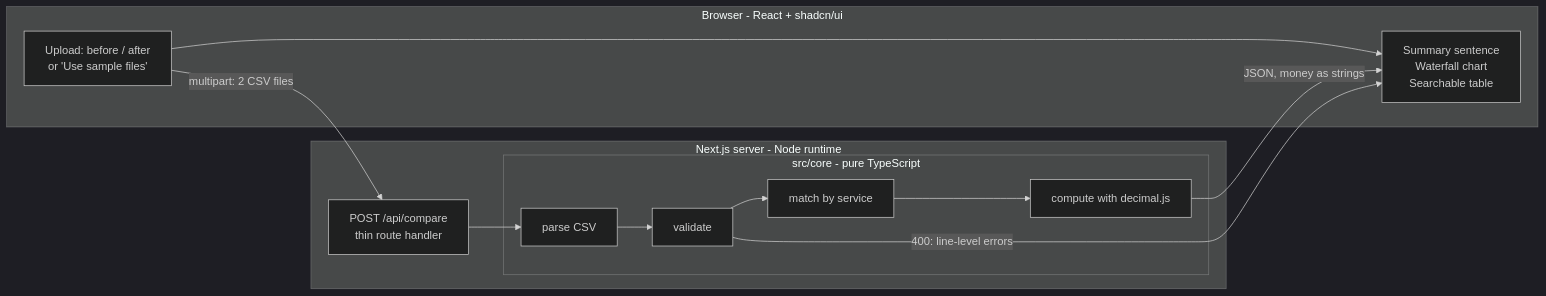
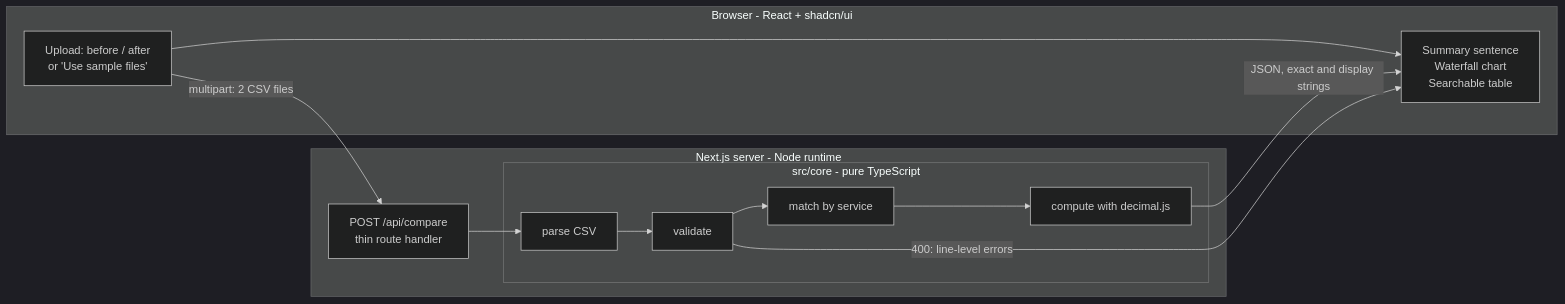
One commit to xiashuidaolaoshuren/why-my-bill-change changed the diagram in docs/superpowers/specs/2026-10-31-bill-change-explorer-design.md. Above: the diagram before and after it, drawn with Mermaid (dark theme). The commit also changed other lines of this file and 1 other file, not shown here.

````diff
--- a/docs/superpowers/specs/2026-10-31-bill-change-explorer-design.md
+++ b/docs/superpowers/specs/2026-10-31-bill-change-explorer-design.md
@@ -30,16 +39,16 @@
 ```mermaid
 flowchart LR
   subgraph Browser["Browser - React + shadcn/ui"]
     U["Upload: before / after<br/>or 'Use sample files'"] --> V["Summary sentence<br/>Waterfall chart<br/>Searchable table"]
   end
   subgraph Server["Next.js server - Node runtime"]
     R["POST /api/compare<br/>thin route handler"]
     subgraph Core["src/core - pure TypeScript"]
       P["parse CSV"] --> VA["validate"] --> M["match by service"] --> C["compute with decimal.js"]
     end
     R --> P
   end
   U -- "multipart: 2 CSV files" --> R
-  C -- "JSON, money as strings" --> V
+  C -- "JSON, exact and display strings" --> V
   VA -- "400: line-level errors" --> V
 ```
````
